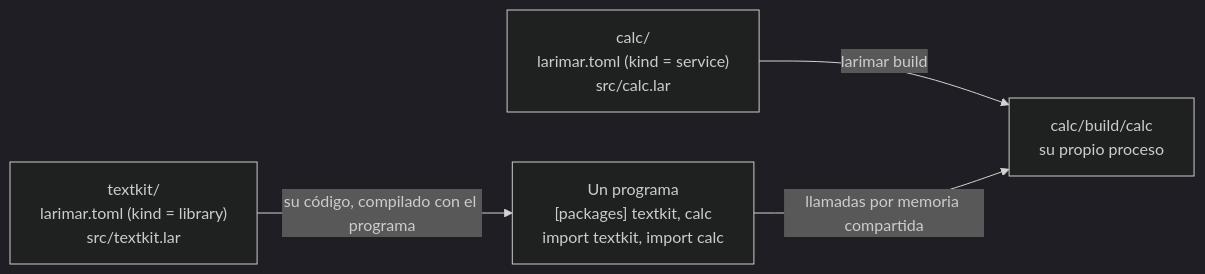
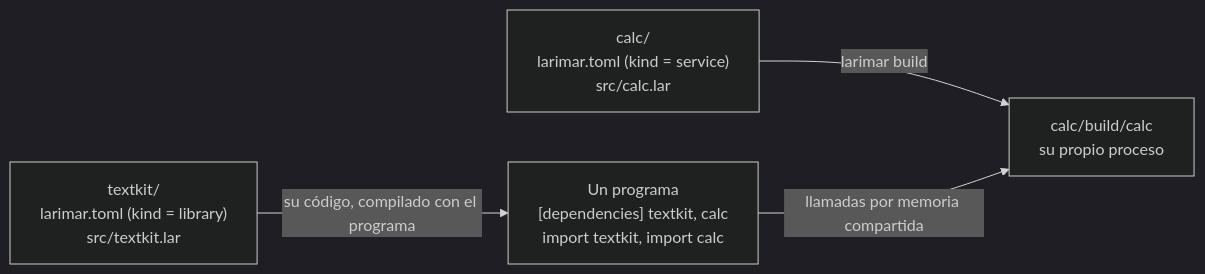
The first of 3 diagrams in docs/libraries.es.md (zerh/larimar), drawn with Mermaid (dark theme) before and after one commit. The commit also changed other lines of this file and 102 other files, not shown here.

````diff
--- a/docs/libraries.es.md
+++ b/docs/libraries.es.md
@@ -54,10 +54,10 @@
 ```mermaid
 flowchart LR
     lib["textkit/<br/>larimar.toml (kind = library)<br/>src/textkit.lar"]
     svc["calc/<br/>larimar.toml (kind = service)<br/>src/calc.lar"]
-    prog["Un programa<br/>[packages] textkit, calc<br/>import textkit, import calc"]
+    prog["Un programa<br/>[dependencies] textkit, calc<br/>import textkit, import calc"]
     exe["calc/build/calc<br/>su propio proceso"]
     lib -- "su código, compilado con el programa" --> prog
     svc -- "larimar build" --> exe
     prog -- "llamadas por memoria compartida" --> exe
 ```
````
